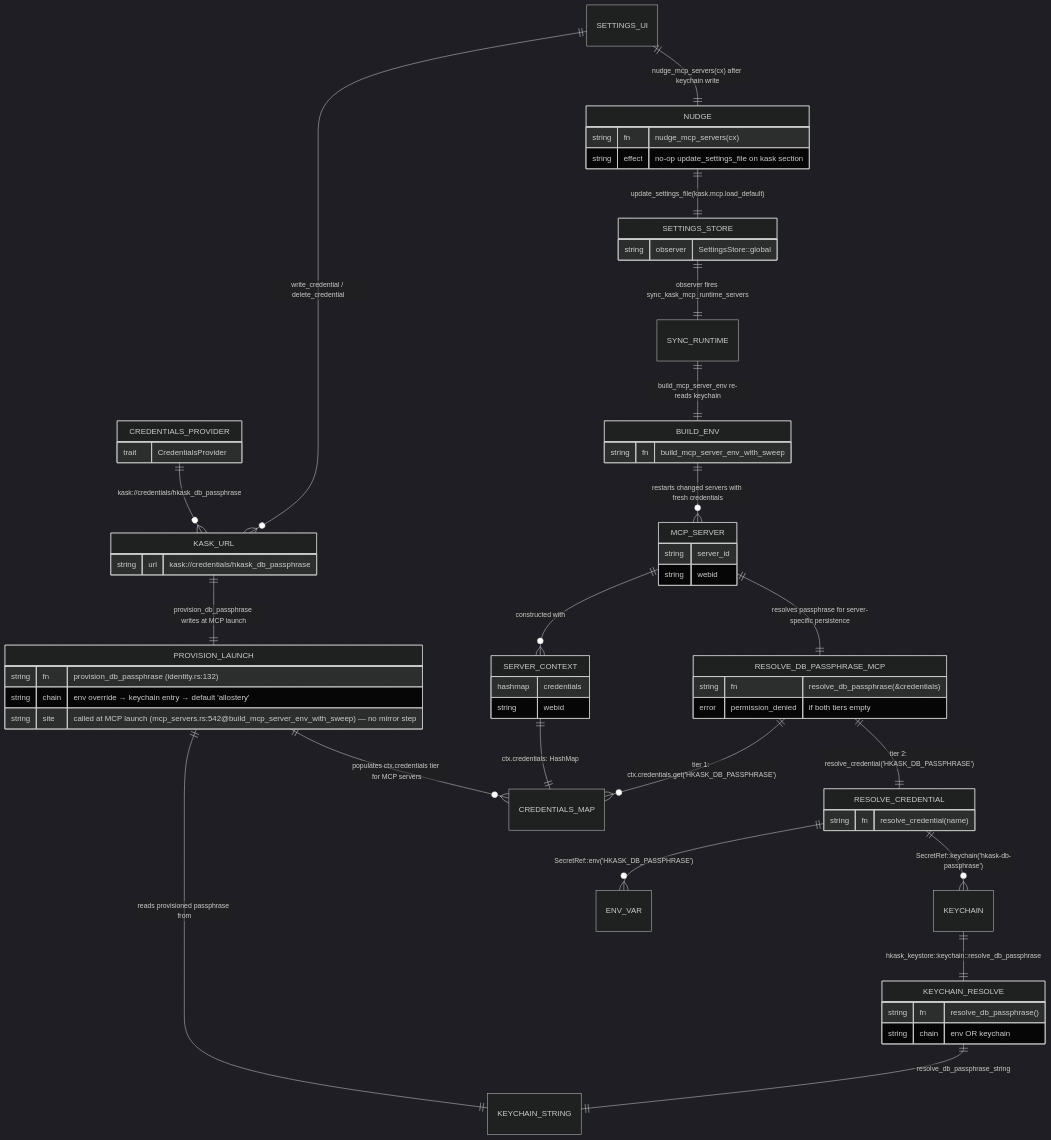
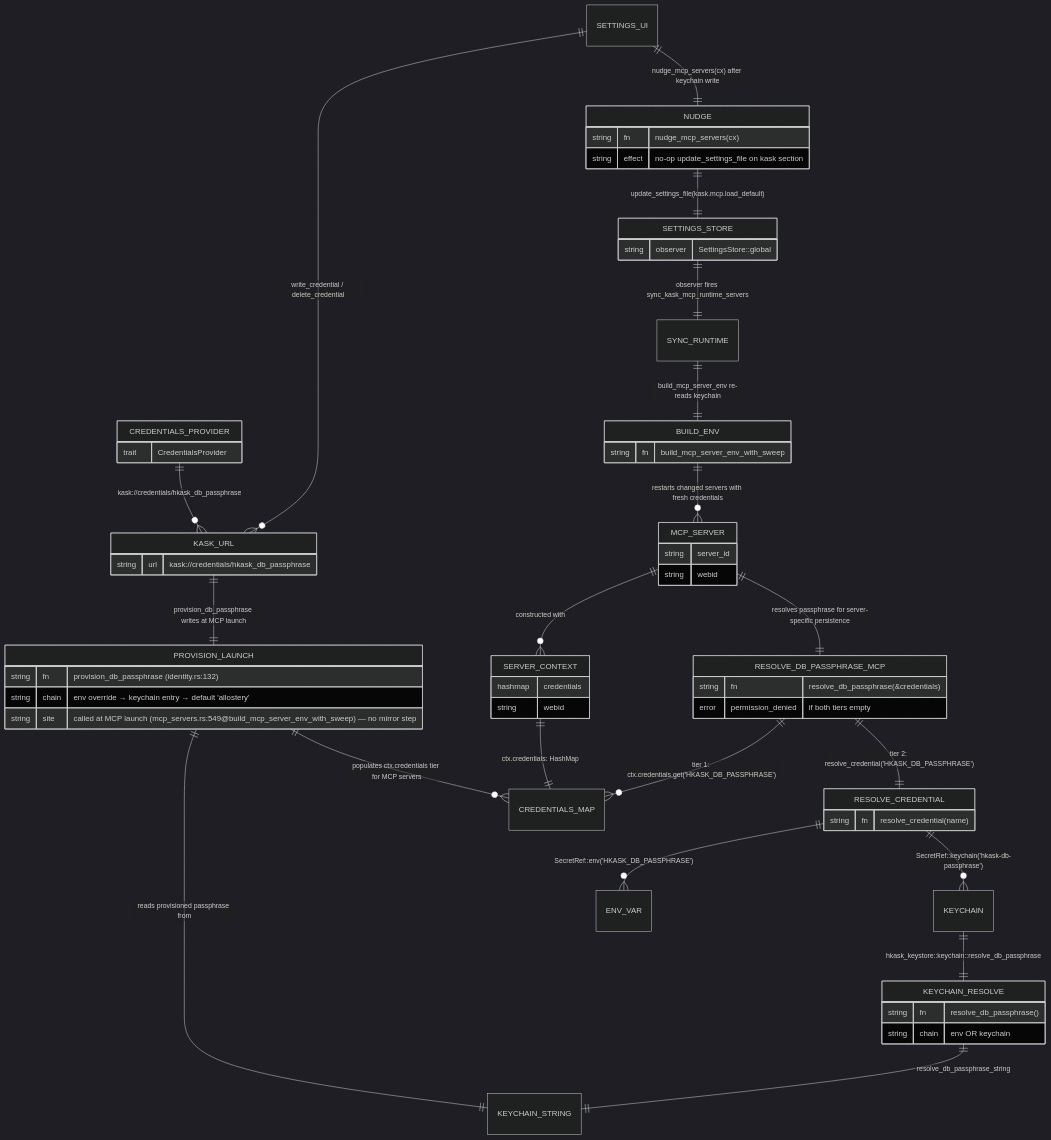
The fourth of 7 diagrams in kask/docs/diagrams/architecture.md (mdz-axo/zed-kask), drawn with Mermaid (dark theme) before and after one commit. The commit also changed other lines of this file and 50 other files, not shown here.

````diff
--- a/kask/docs/diagrams/architecture.md
+++ b/kask/docs/diagrams/architecture.md
@@ -252,65 +252,65 @@
 ```mermaid
 erDiagram
     MCP_SERVER ||--o{ SERVER_CONTEXT : "constructed with"
     SERVER_CONTEXT ||--|| CREDENTIALS_MAP : "ctx.credentials: HashMap<String,String>"
     MCP_SERVER ||--|| RESOLVE_DB_PASSPHRASE_MCP : "resolves passphrase for server-specific persistence"
     RESOLVE_DB_PASSPHRASE_MCP ||--o{ CREDENTIALS_MAP : "tier 1: ctx.credentials.get('HKASK_DB_PASSPHRASE')"
     RESOLVE_DB_PASSPHRASE_MCP ||--|| RESOLVE_CREDENTIAL : "tier 2: resolve_credential('HKASK_DB_PASSPHRASE')"
     RESOLVE_CREDENTIAL ||--o{ ENV_VAR : "SecretRef::env('HKASK_DB_PASSPHRASE')"
     RESOLVE_CREDENTIAL ||--o{ KEYCHAIN : "SecretRef::keychain('hkask-db-passphrase')"
     KEYCHAIN ||--|| KEYCHAIN_RESOLVE : "hkask_keystore::keychain::resolve_db_passphrase"
     KEYCHAIN_RESOLVE ||--|| KEYCHAIN_STRING : "resolve_db_passphrase_string"
 
     CREDENTIALS_PROVIDER ||--o{ KASK_URL : "kask://credentials/hkask_db_passphrase"
     KASK_URL ||--|| PROVISION_LAUNCH : "provision_db_passphrase writes at MCP launch"
     PROVISION_LAUNCH ||--|| KEYCHAIN_STRING : "reads provisioned passphrase from"
     PROVISION_LAUNCH ||--o{ CREDENTIALS_MAP : "populates ctx.credentials tier for MCP servers"
 
     SETTINGS_UI ||--o{ KASK_URL : "write_credential / delete_credential"
     SETTINGS_UI ||--|| NUDGE : "nudge_mcp_servers(cx) after keychain write"
     NUDGE ||--|| SETTINGS_STORE : "update_settings_file(kask.mcp.load_default)"
     SETTINGS_STORE ||--|| SYNC_RUNTIME : "observer fires sync_kask_mcp_runtime_servers"
     SYNC_RUNTIME ||--|| BUILD_ENV : "build_mcp_server_env re-reads keychain"
     BUILD_ENV ||--o{ MCP_SERVER : "restarts changed servers with fresh credentials"
 
     MCP_SERVER {
         string server_id
         string webid
     }
     SERVER_CONTEXT {
         hashmap credentials
         string webid
     }
     RESOLVE_DB_PASSPHRASE_MCP {
         string fn "resolve_db_passphrase(&credentials)"
         error permission_denied "if both tiers empty"
     }
     RESOLVE_CREDENTIAL {
         string fn "resolve_credential(name)"
     }
     KEYCHAIN_RESOLVE {
         string fn "resolve_db_passphrase()"
         string chain "env OR keychain"
     }
     CREDENTIALS_PROVIDER {
         trait CredentialsProvider
     }
     KASK_URL {
         string url "kask://credentials/hkask_db_passphrase"
     }
     PROVISION_LAUNCH {
         string fn "provision_db_passphrase (identity.rs:132)"
         string chain "env override → keychain entry → default 'allostery'"
-        string site "called at MCP launch (mcp_servers.rs:542@build_mcp_server_env_with_sweep) — no mirror step"
+        string site "called at MCP launch (mcp_servers.rs:549@build_mcp_server_env_with_sweep) — no mirror step"
     }
     NUDGE {
         string fn "nudge_mcp_servers(cx)"
         string effect "no-op update_settings_file on kask section"
     }
     SETTINGS_STORE {
         string observer "SettingsStore::global"
     }
     BUILD_ENV {
         string fn "build_mcp_server_env_with_sweep"
     }
 ```
````
